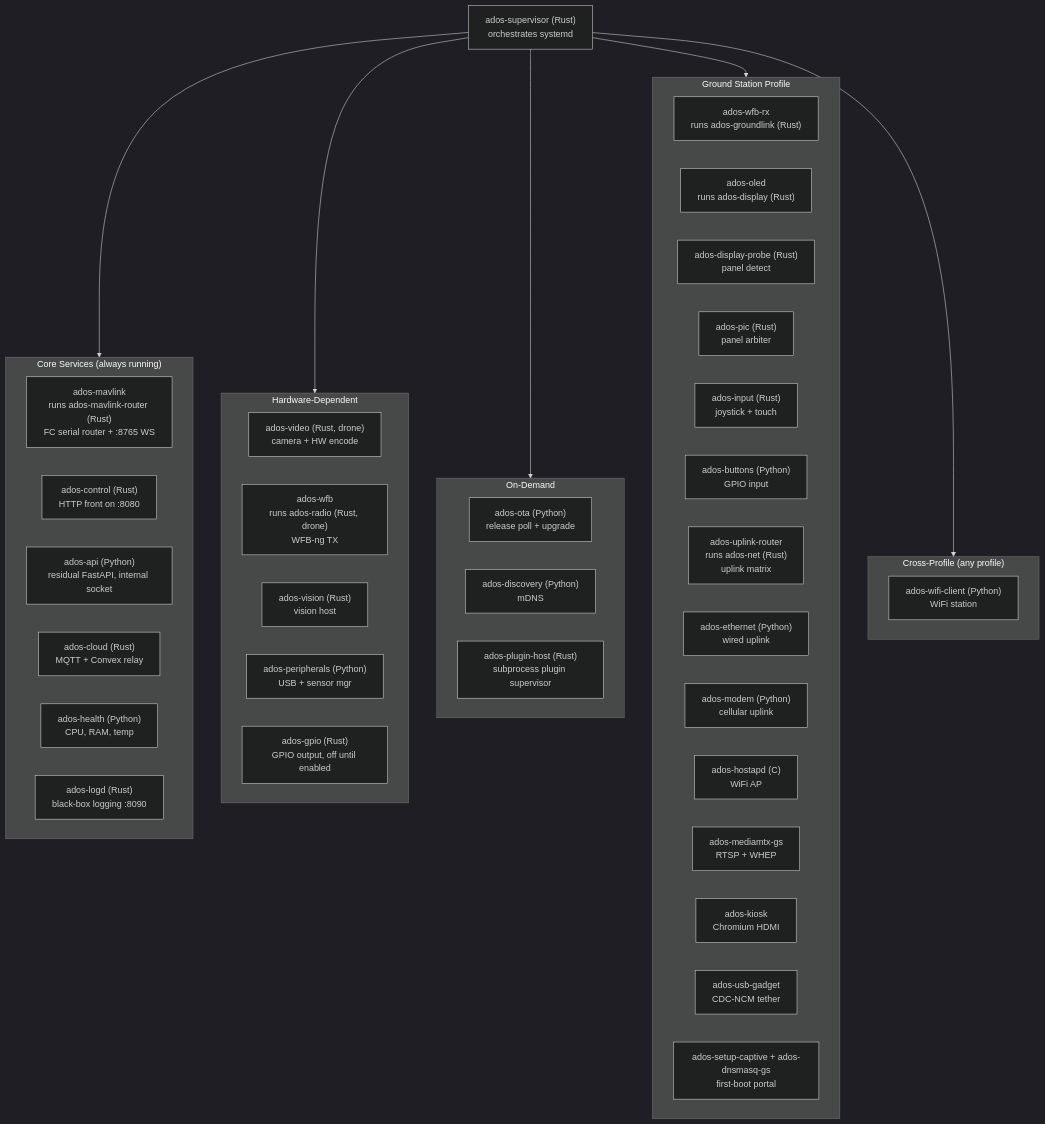
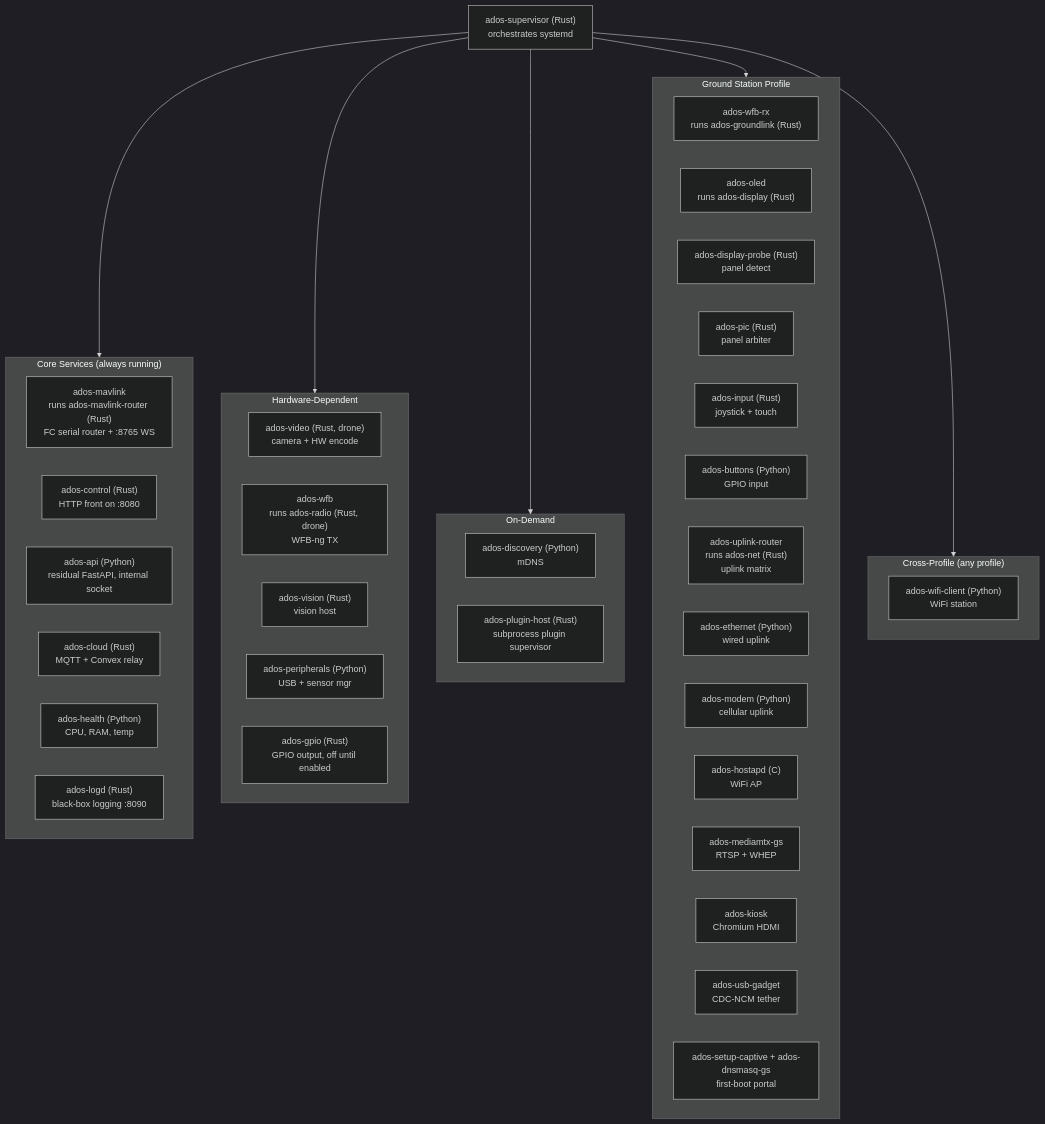
One commit to altnautica/Documentation changed the diagram in architecture/agent-services.mdx. Above: the diagram before and after it, drawn with Mermaid. The commit also changed other lines of this file and 22 other files, not shown here.

Commit message:
docs: ados update re-runs the installer upgrade; remove the retired OTA surface

````diff
--- a/architecture/agent-services.mdx
+++ b/architecture/agent-services.mdx
@@ -26,55 +26,54 @@
 ```mermaid
 %%{init: {'theme': 'dark'}}%%
 flowchart TB
     Supervisor["ados-supervisor (Rust)<br/>orchestrates systemd"]
 
     subgraph Core["Core Services (always running)"]
         MAVLink["ados-mavlink<br/>runs ados-mavlink-router (Rust)<br/>FC serial router + :8765 WS"]
         Control["ados-control (Rust)<br/>HTTP front on :8080"]
         API["ados-api (Python)<br/>residual FastAPI, internal socket"]
         Cloud["ados-cloud (Rust)<br/>MQTT + Convex relay"]
         Health["ados-health (Python)<br/>CPU, RAM, temp"]
         Logd["ados-logd (Rust)<br/>black-box logging :8090"]
     end
 
     subgraph HW["Hardware-Dependent"]
         Video["ados-video (Rust, drone)<br/>camera + HW encode"]
         WFB["ados-wfb<br/>runs ados-radio (Rust, drone)<br/>WFB-ng TX"]
         Vision["ados-vision (Rust)<br/>vision host"]
         Sensors["ados-peripherals (Python)<br/>USB + sensor mgr"]
         GPIO["ados-gpio (Rust)<br/>GPIO output, off until enabled"]
     end
 
     subgraph OnDemand["On-Demand"]
-        OTA["ados-ota (Python)<br/>release poll + upgrade"]
         Discovery["ados-discovery (Python)<br/>mDNS"]
         Plugins["ados-plugin-host (Rust)<br/>subprocess plugin supervisor"]
     end
 
     subgraph GroundOnly["Ground Station Profile"]
         WFBRX["ados-wfb-rx<br/>runs ados-groundlink (Rust)"]
         OLED["ados-oled<br/>runs ados-display (Rust)"]
         DispProbe["ados-display-probe (Rust)<br/>panel detect"]
         PIC["ados-pic (Rust)<br/>panel arbiter"]
         Input["ados-input (Rust)<br/>joystick + touch"]
         Buttons["ados-buttons (Python)<br/>GPIO input"]
         Uplink["ados-uplink-router<br/>runs ados-net (Rust)<br/>uplink matrix"]
         Ethernet["ados-ethernet (Python)<br/>wired uplink"]
         Modem["ados-modem (Python)<br/>cellular uplink"]
         HostAP["ados-hostapd (C)<br/>WiFi AP"]
         MediaMTXGS["ados-mediamtx-gs<br/>RTSP + WHEP"]
         Kiosk["ados-kiosk<br/>Chromium HDMI"]
         USBGadget["ados-usb-gadget<br/>CDC-NCM tether"]
         Captive["ados-setup-captive + ados-dnsmasq-gs<br/>first-boot portal"]
     end
 
     subgraph CrossProfile["Cross-Profile (any profile)"]
         WiFiClient["ados-wifi-client (Python)<br/>WiFi station"]
     end
 
     Supervisor --> Core
     Supervisor --> HW
     Supervisor --> OnDemand
     Supervisor --> GroundOnly
     Supervisor --> CrossProfile
 ```
````
